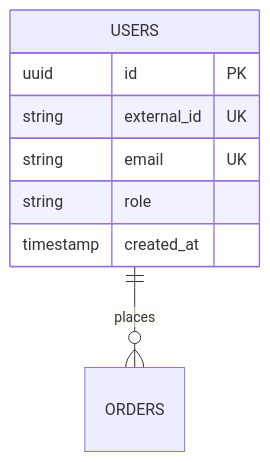
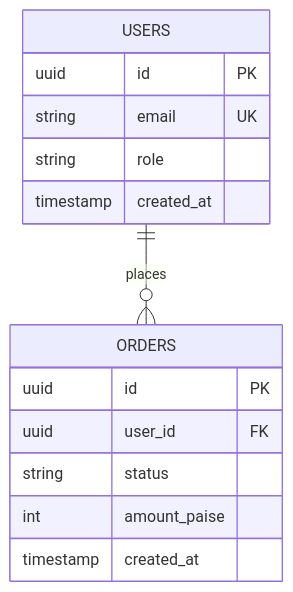
The third of 5 diagrams in skills/product-planner/references/doc-templates.md (NIKHILENIGMA/skills), drawn with Mermaid before and after one commit. The commit also changed other lines of this file and 4 other files, not shown here.

````diff
--- a/skills/product-planner/references/doc-templates.md
+++ b/skills/product-planner/references/doc-templates.md
@@ -61,11 +131,17 @@
 ```mermaid
 erDiagram
   USERS ||--o{ ORDERS : places
   USERS {
     uuid id PK
-    string external_id UK
     string email UK
     string role
     timestamp created_at
   }
+  ORDERS {
+    uuid id PK
+    uuid user_id FK
+    string status
+    int amount_paise
+    timestamp created_at
+  }
 ```
````
